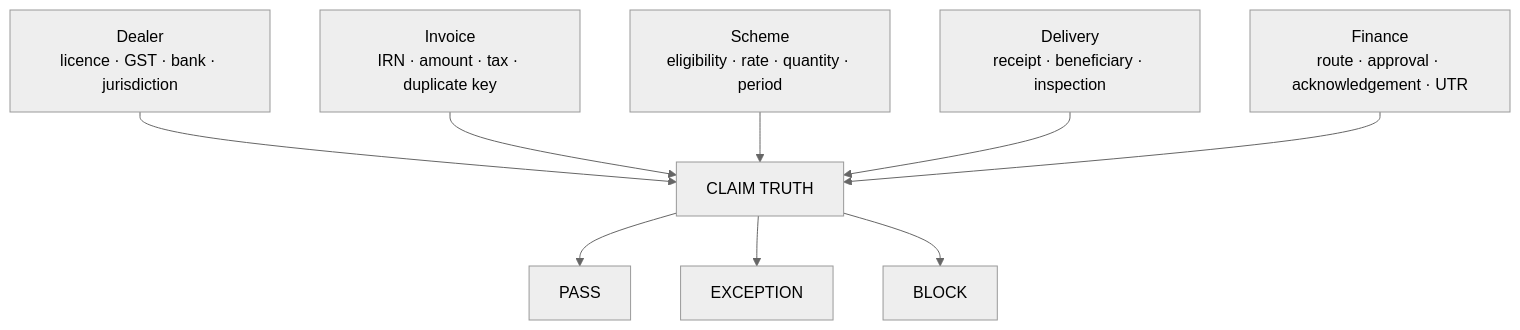
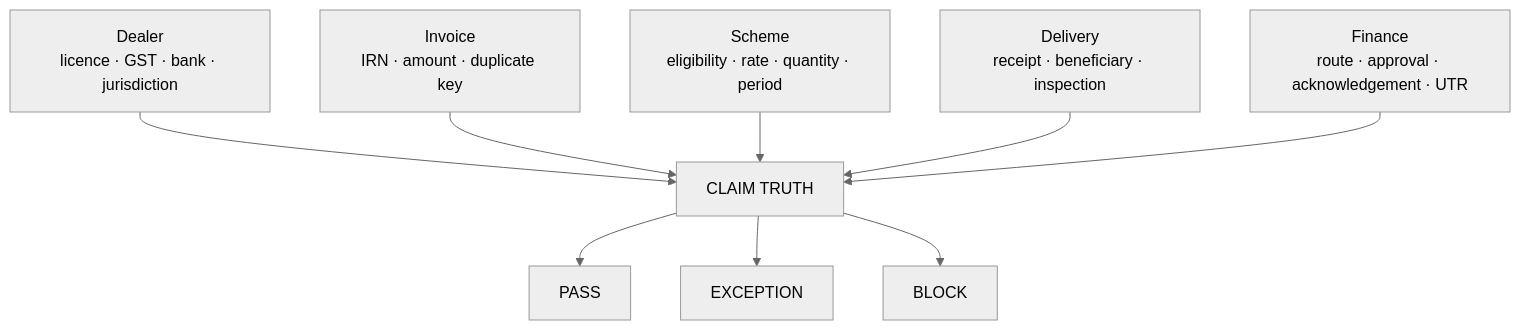
Before and after one commit to Sauravssoni/RIC-Dealer-Management-System: the third of 4 diagrams in README.md, drawn with Mermaid (neutral theme). The commit also changed other lines of this file, not shown here.

````diff
--- a/README.md
+++ b/README.md
@@ -114,11 +114,11 @@
 ```mermaid
 flowchart TB
-    D[Dealer\nlicence · GST · bank · jurisdiction] --> C[CLAIM TRUTH]
-    I[Invoice\nIRN · amount · tax · duplicate key] --> C
-    S[Scheme\neligibility · rate · quantity · period] --> C
-    E[Delivery\nreceipt · beneficiary · inspection] --> C
-    F[Finance\nroute · approval · acknowledgement · UTR] --> C
-    C --> P[PASS]
-    C --> X[EXCEPTION]
-    C --> B[BLOCK]
+  D[Dealer\nlicence · GST · bank · jurisdiction] --> C[CLAIM TRUTH]
+  I[Invoice\nIRN · amount · duplicate key] --> C
+  S[Scheme\neligibility · rate · quantity · period] --> C
+  E[Delivery\nreceipt · beneficiary · inspection] --> C
+  F[Finance\nroute · approval · acknowledgement · UTR] --> C
+  C --> P[PASS]
+  C --> X[EXCEPTION]
+  C --> B[BLOCK]
 ```
````
